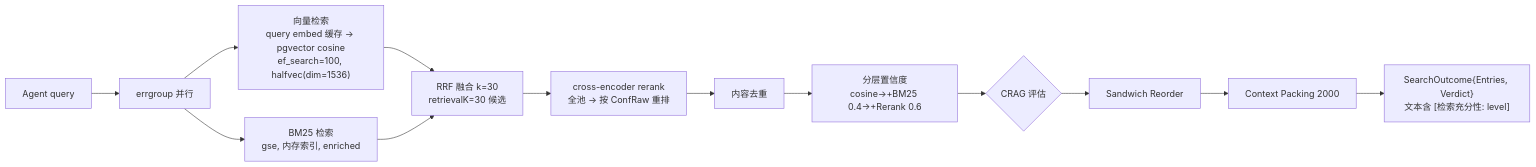
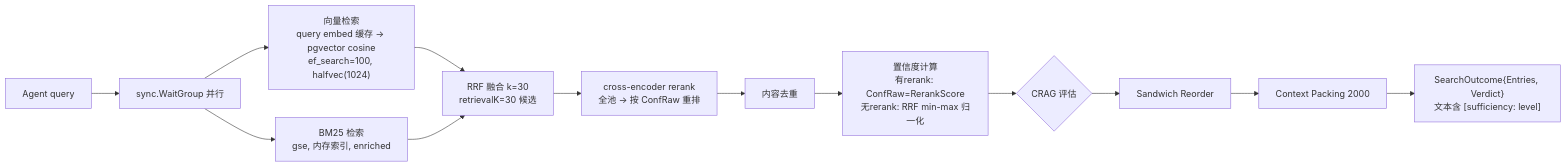
One commit to int2t05/Cognik changed the fourth of 11 diagrams in docs/TECH.md. Above: the diagram before and after it, drawn with Mermaid. The commit also changed other lines of this file and 19 other files, not shown here.

````diff
--- a/docs/TECH.md
+++ b/docs/TECH.md
@@ -143,15 +143,15 @@
 ```mermaid
 flowchart LR
-    Q["Agent query"] --> PAR["errgroup 并行"]
-    PAR --> VEC["向量检索<br/>query embed 缓存 → pgvector cosine<br/>ef_search=100, halfvec(dim=1536)"]
+    Q["Agent query"] --> PAR["sync.WaitGroup 并行"]
+    PAR --> VEC["向量检索<br/>query embed 缓存 → pgvector cosine<br/>ef_search=100, halfvec(1024)"]
     PAR --> BM25["BM25 检索<br/>gse, 内存索引, enriched"]
     VEC --> RRF["RRF 融合 k=30<br/>retrievalK=30 候选"]
     BM25 --> RRF
     RRF --> RERANK["cross-encoder rerank<br/>全池 → 按 ConfRaw 重排"]
     RERANK --> DEDUP["内容去重"]
-    DEDUP --> CONF["分层置信度<br/>cosine→+BM25 0.4→+Rerank 0.6"]
+    DEDUP --> CONF["置信度计算<br/>有rerank: ConfRaw=RerankScore<br/>无rerank: RRF min-max 归一化"]
     CONF --> CRAG{"CRAG 评估"}
     CRAG --> SAND["Sandwich Reorder"]
     SAND --> PACK["Context Packing 2000"]
-    PACK --> OUT["SearchOutcome{Entries, Verdict}<br/>文本含 [检索充分性: level]"]
+    PACK --> OUT["SearchOutcome{Entries, Verdict}<br/>文本含 [sufficiency: level]"]
 ```
````
